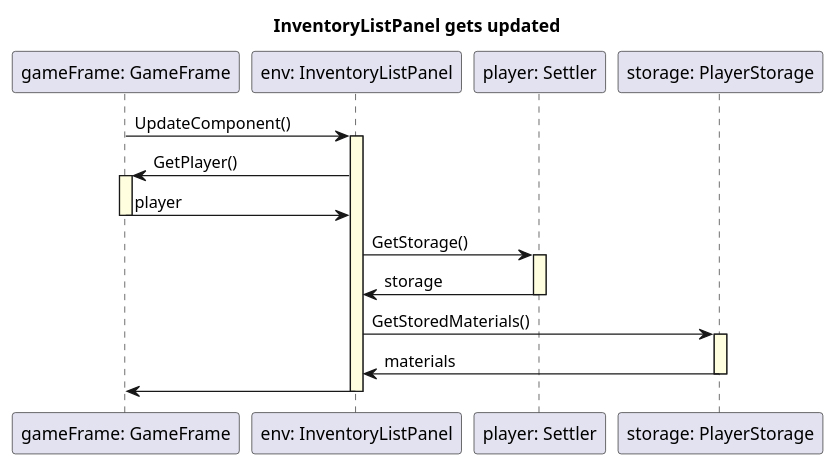
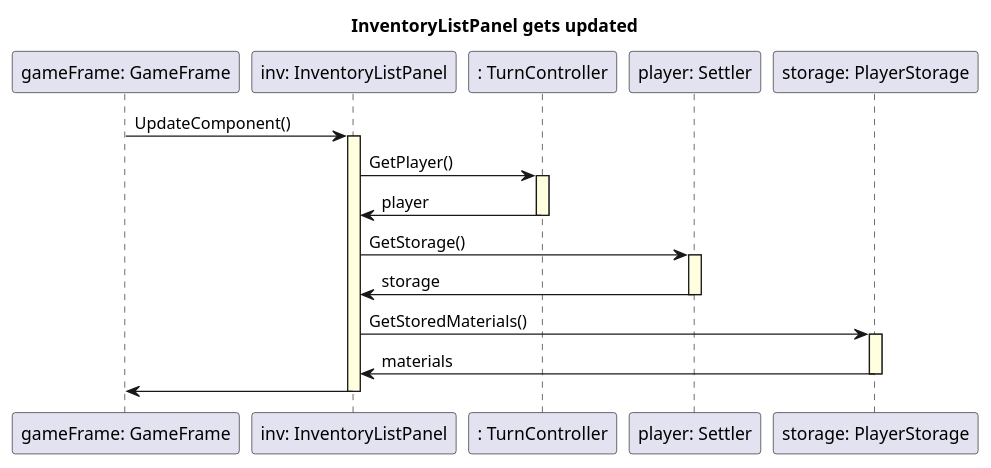
The diagram in uml/gui_seq_diagrams/update_inventorylistpanel.plantuml (bbucsy/projlab_holy_oil), drawn with PlantUML before and after one commit. The commit also changed 5 other files, not shown here.

```diff
--- a/uml/gui_seq_diagrams/update_inventorylistpanel.plantuml
+++ b/uml/gui_seq_diagrams/update_inventorylistpanel.plantuml
@@ -1,26 +1,27 @@
 @startuml seq
 
 skinparam SequenceLifeLineBackgroundColor LightYellow
 
 title "InventoryListPanel gets updated"
 
 participant "gameFrame: GameFrame" as gameFrame
-participant "env: InventoryListPanel" as env
+participant "inv: InventoryListPanel" as env
+participant ": TurnController" as turn
 
 gameFrame -> env ++: UpdateComponent()
-env -> gameFrame ++: GetPlayer()
-gameFrame -> env --: player
+env -> turn ++: GetPlayer()
+turn -> env --: player
 
 participant "player: Settler" as settler
 
 env -> settler ++: GetStorage()
 settler -> env --: storage
 
 participant "storage: PlayerStorage" as storage
 
 env -> storage ++: GetStoredMaterials()
 storage -> env --: materials
 
 env -> gameFrame --
 
 @enduml
```
